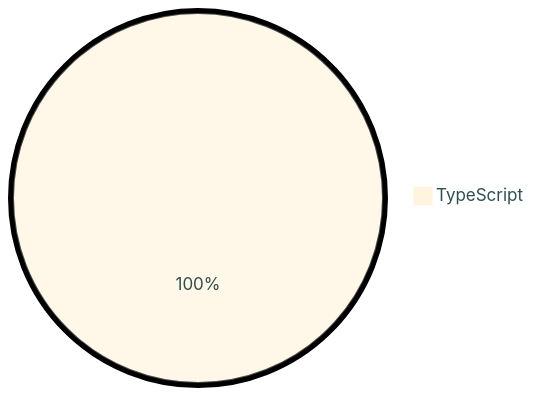
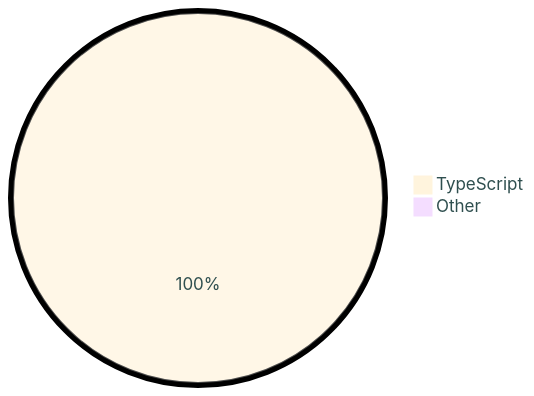
The diagram in README.md (tot0p/tot0p), drawn with Mermaid before and after one commit. The commit also changed other lines of this file, not shown here.

````diff
--- a/README.md
+++ b/README.md
@@ -113,5 +115,6 @@
 ```mermaid
 %%{init: {"pie": {"textPosition": 0.5}, "themeVariables": {"pieOuterStrokeWidth": "5px","primaryTextColor" : "#2F4F4F"},"theme":"base"} }%%
 pie
-	"TypeScript": 100.0
+	"TypeScript": 99.67
+	"Other": 0.32
 ```
````
